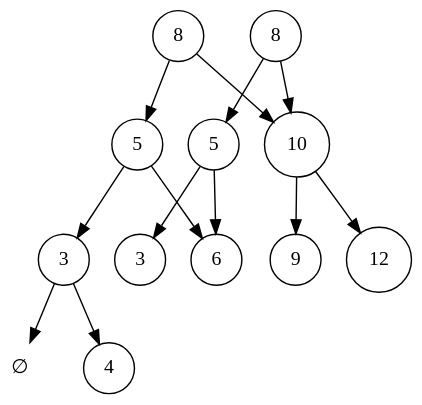
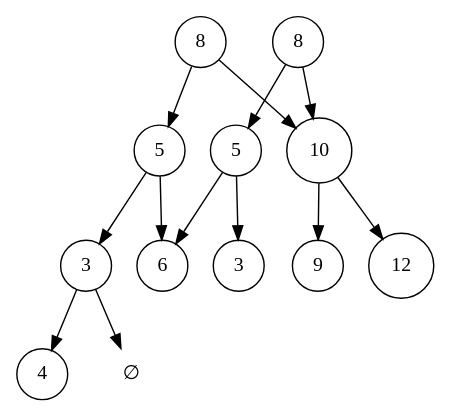
The diagram in src/hakyll/images/binary-search-trees/insert4.dot (nrinaudo/nrinaudo.github.com), drawn with Graphviz before and after one commit. The commit also changed 3 other files, not shown here.

Commit message:
Fixed incorrect binary search tree graphs.

```diff
--- a/src/hakyll/images/binary-search-trees/insert4.dot
+++ b/src/hakyll/images/binary-search-trees/insert4.dot
@@ -1,29 +1,30 @@
 digraph simple {
-    bgcolor="transparent"
     node  [shape=circle]
-    graph [ordering=out]
 
     b8 [label="8" nodetype=marked]
     b5 [label="5" nodetype=marked]
     b3 [label="3" nodetype=marked]
     4  [nodetype=marked]
     na [label="∅" shape=none nodetype=marked]
 
-    b8 -> b5 [edgetype=marked]
-    b8 -> 10 [edgetype=marked]
 
-    8 -> 5
-    8 -> 10
+    subgraph new_graph {
+        graph [ordering=out]
+        b8 -> b5 [edgetype=marked]
+        b8 -> 10 [edgetype=marked]
+        b5 -> b3 [edgetype=marked]
+        b5 -> 6  [edgetype=marked]
+        b3 -> na [edgetype=marked]
+        b3 -> 4  [edgetype=marked]
+    }
 
-    b5 -> b3 [edgetype=marked]
-    b5 -> 6  [edgetype=marked]
-
-    5 -> 3
-    5 -> 6
-
-    b3 -> na [edgetype=marked]
-    b3 -> 4  [edgetype=marked]
-
-    10 -> 9
-    10 -> 12
+    subgraph old_graph {
+        graph [ordering=out]
+        8 -> 5
+        8 -> 10
+        5 -> 3
+        5 -> 6
+        10 -> 9
+        10 -> 12
+    }
 }
```
